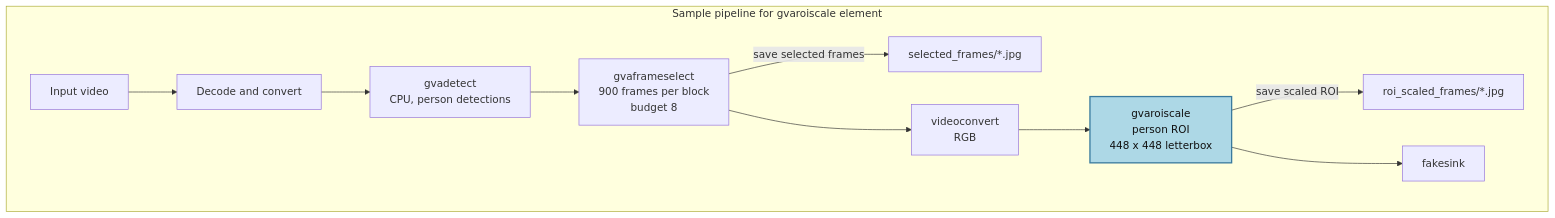
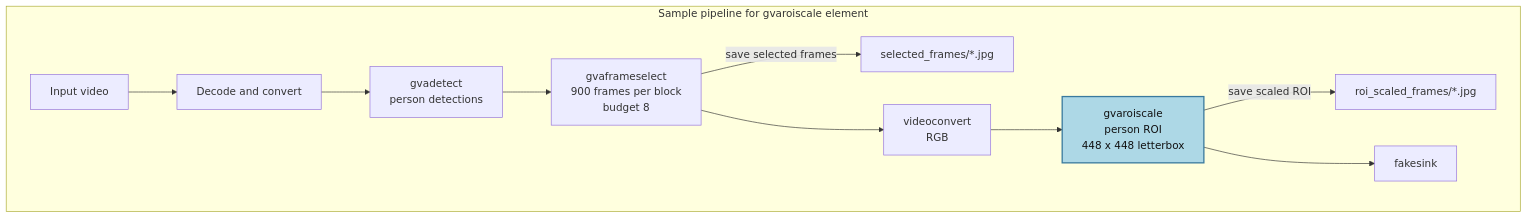
One commit to dlstreamer/dlstreamer changed the diagram in samples/gstreamer/gst_launch/gvaroiscale/README.md. Above: the diagram before and after it, drawn with Mermaid. The commit also changed other lines of this file and 2 other files, not shown here.

Commit message:
sample for gvaeventrecoder and documentation for gvaroiscale updated.

````diff
--- a/samples/gstreamer/gst_launch/gvaroiscale/README.md
+++ b/samples/gstreamer/gst_launch/gvaroiscale/README.md
@@ -8,15 +8,15 @@
 ```mermaid
 flowchart LR
 	subgraph Sample pipeline for gvaroiscale element
 		direction LR
 		A[Input video] --> B[Decode and convert]
-		B --> C[gvadetect<br/>CPU, person detections]
+		B --> C[gvadetect<br/>person detections]
 		C --> D[gvaframeselect<br/>900 frames per block<br/>budget 8]
 		D -->|save selected frames| E[selected_frames/*.jpg]
 		D --> F[videoconvert<br/>RGB]
 		F --> G[gvaroiscale<br/>person ROI<br/>448 x 448 letterbox]
 		G -->|save scaled ROI| H[roi_scaled_frames/*.jpg]
 		G --> I[fakesink]
 		style G fill:#ADD8E6,color:#111,stroke:#397A9E,stroke-width:2px
 	end
 ```
````
